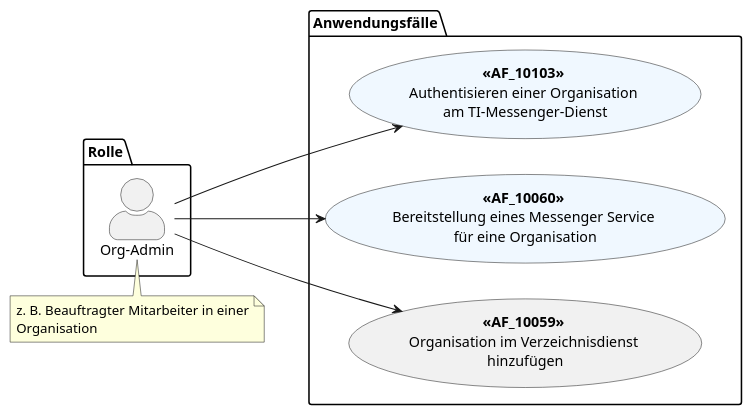
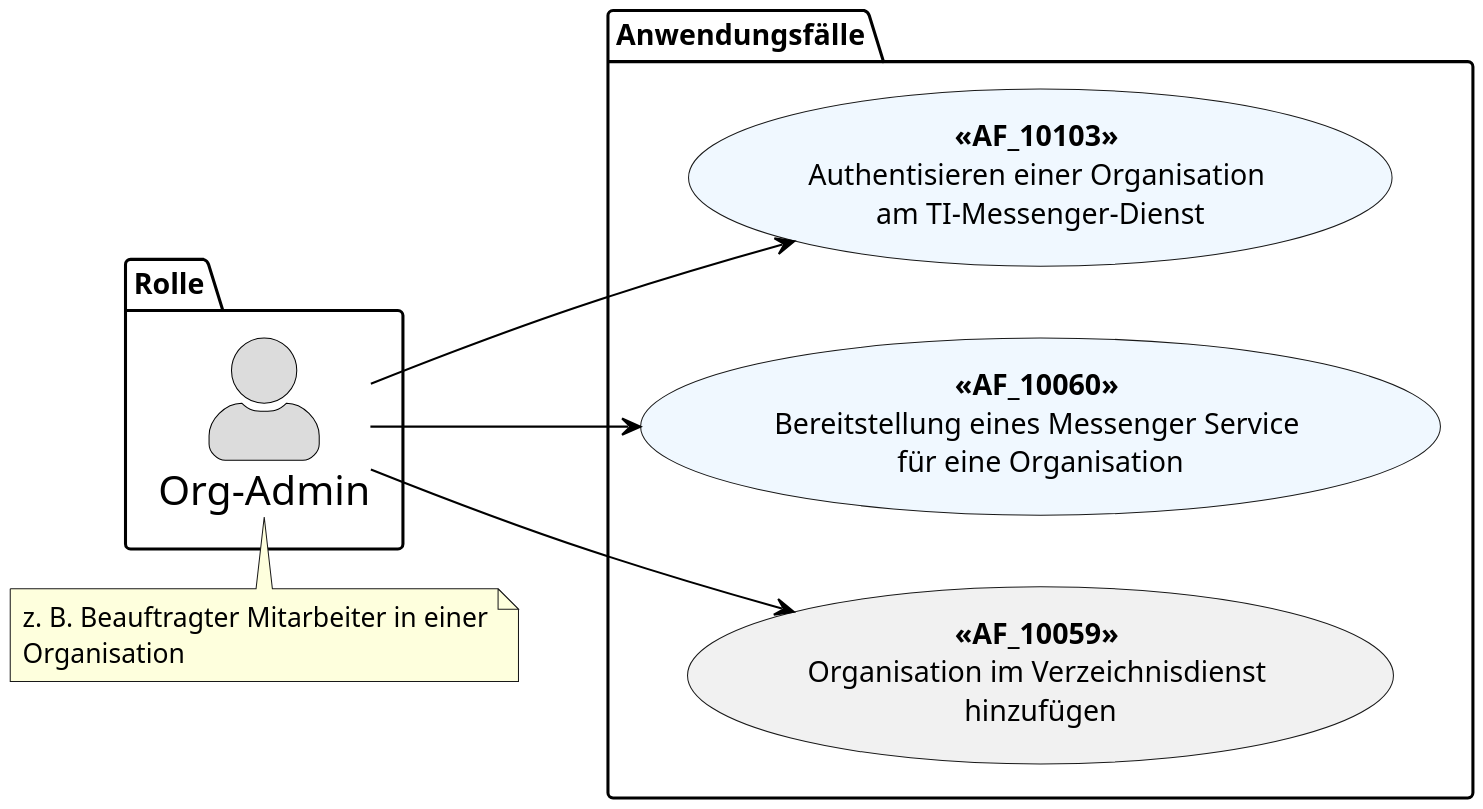
The diagram in src/plantuml/TI-Messenger-Dienst/Ressourcen/UC_org_admin.puml (gematik/api-ti-messenger), drawn with PlantUML before and after one commit.

```diff
--- a/src/plantuml/TI-Messenger-Dienst/Ressourcen/UC_org_admin.puml
+++ b/src/plantuml/TI-Messenger-Dienst/Ressourcen/UC_org_admin.puml
@@ -8,24 +8,46 @@
 @startuml
 skinparam actorStyle awesome
 left to right direction
+scale 6/3
+
+skinparam sequence {
+ArrowColor black
+ArrowFontSize 17
+ActorBorderColor black
+LifeLineBorderColor black
+LifeLineBackgroundColor Gainsboro
+
+ParticipantBorderColor Motivation
+ParticipantBackgroundColor Motivation
+ParticipantFontName Impact
+ParticipantFontSize 20
+ParticipantFontColor black
+ParticipantBorderColor Black
+ParticipantBackgroundColor MOTIVATION
+
+ActorBackgroundColor Gainsboro
+ActorFontColor black
+ActorFontSize 20
+ActorFontName Aapex
+}
 
 package Rolle {
   actor "Org-Admin" as oa
 }
 
 package Anwendungsfälle {
   usecase "**<<AF_10103>>** \nAuthentisieren einer Organisation \nam TI-Messenger-Dienst" as UC1 #AliceBlue
   usecase "**<<AF_10060>>** \nBereitstellung eines Messenger Service \nfür eine Organisation" as UC2 #AliceBlue
   usecase "**<<AF_10059>>** \nOrganisation im Verzeichnisdienst \nhinzufügen" as UC3
 }
 
 oa --> UC1
 oa --> UC2
 oa --> UC3
 
 note top of (oa)
   z. B. Beauftragter Mitarbeiter in einer
   Organisation
 end note
 
 @enduml
```
